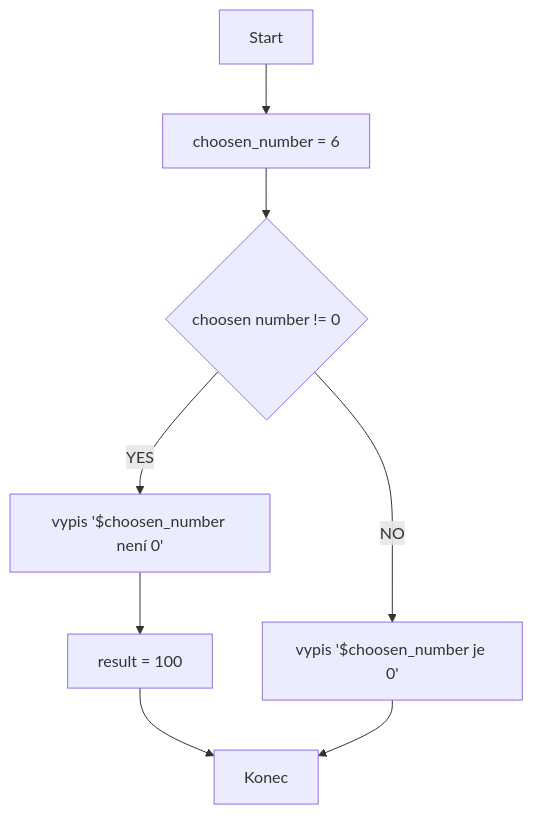
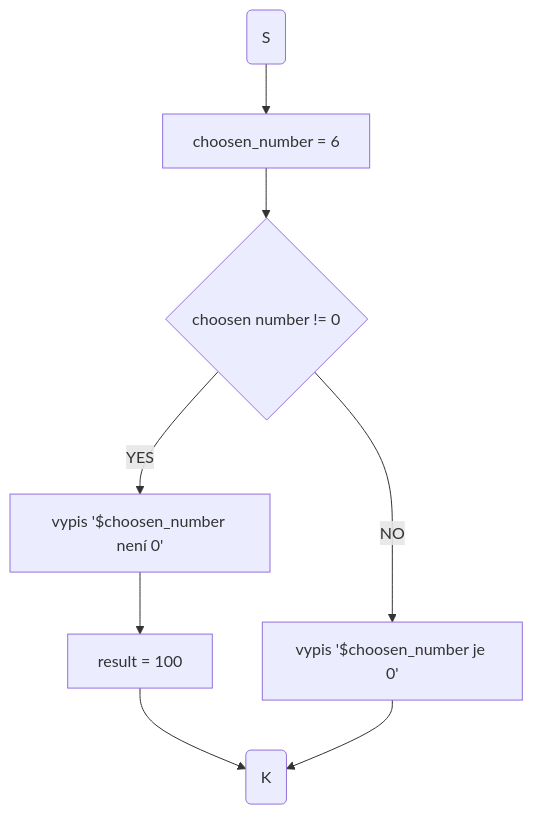
Before and after one commit to denisa-mat/BP-microbit: the first of 3 diagrams in README.md, drawn with Mermaid. The commit also changed other lines of this file, not shown here.

Commit message:
[Start] -> (S), [Konec] -> (K)

````diff
--- a/README.md
+++ b/README.md
@@ -35,10 +35,10 @@
 ``` mermaid
   graph TD;
-      A[Start] --> B[choosen_number = 6];
+      A(S) --> B[choosen_number = 6];
       B --> C{choosen number != 0}
       C -- YES --> D[vypis '$choosen_number není 0'];
 	  D --> E[result = 100];
       C -- NO --> F[vypis '$choosen_number je 0'];
-      E --> G[Konec];
+      E --> G(K);
       F --> G;
 ```
````
